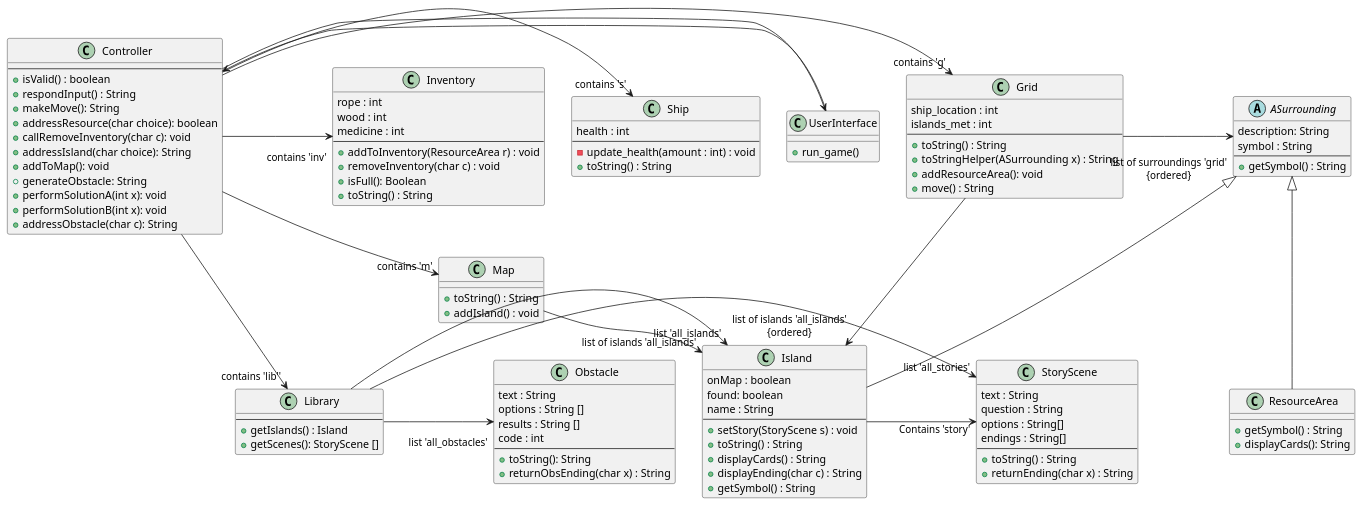
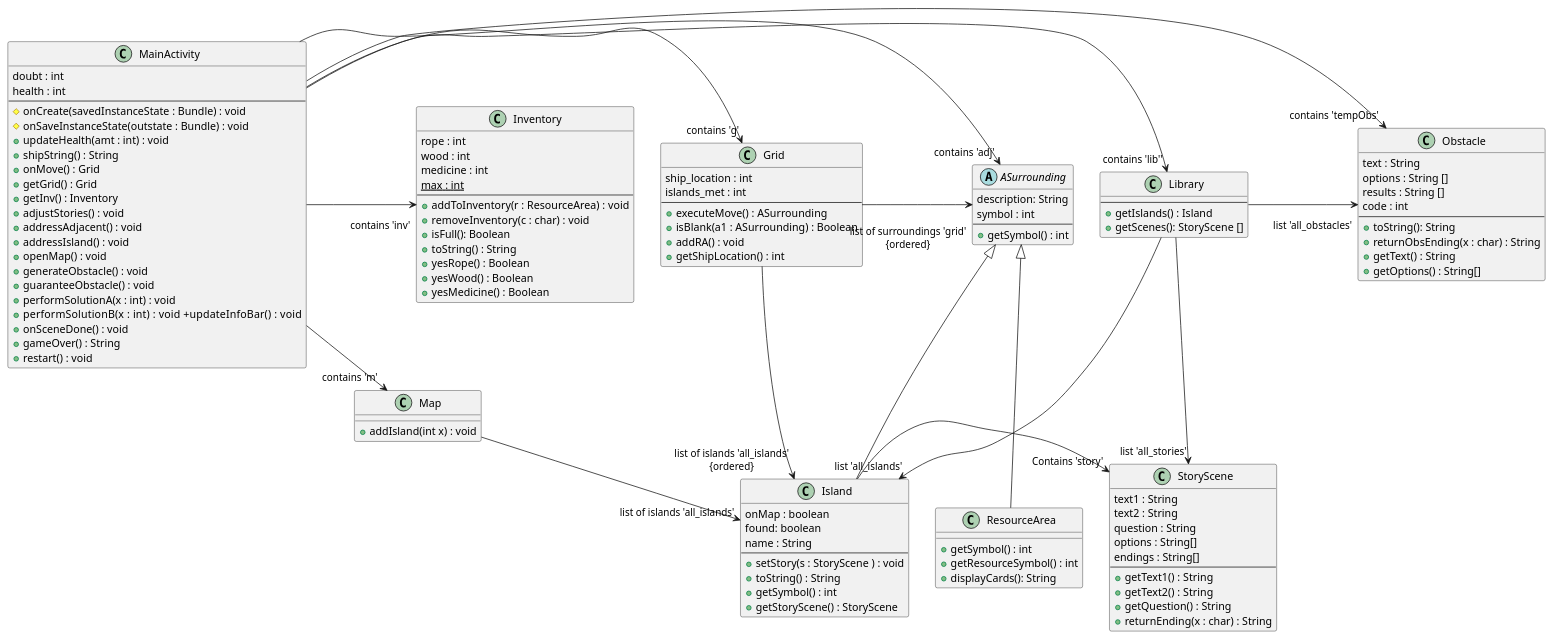
The first of 13 diagrams in CMPU_203_MAS/intellij/doc/design.md (emutchek/MaraudersAtSea), drawn with PlantUML before and after one commit. The commit also changed other lines of this file and 4 other files, not shown here.

Commit message:
updated design class diagrams

```diff
--- a/CMPU_203_MAS/intellij/doc/design.md
+++ b/CMPU_203_MAS/intellij/doc/design.md
@@ -6,25 +8,26 @@
     ship_location : int
     islands_met : int
     --
-    +toString() : String
-    +toStringHelper(ASurrounding x) : String
-    +addResourceArea(): void
-    +move() : String
+    +executeMove() : ASurrounding
+    +isBlank(a1 : ASurrounding) : Boolean
+    +addRA() : void
+    +getShipLocation() : int
 }
 Grid ->  "\nlist of surroundings 'grid'\n{ordered}" ASurrounding : \t\t\t\t
 Grid -> "\nlist of islands 'all_islands'\n{ordered}" Island : \t\t\t\t
 
 abstract class ASurrounding {
     description: String
-    symbol : String
+    symbol : int
     --
-    +getSymbol() : String
+    +getSymbol() : int
 }
 ASurrounding <|-- Island
 ASurrounding <|-- ResourceArea
 
 class ResourceArea {
-    +getSymbol() : String
+    +getSymbol() : int
+    +getResourceSymbol() : int
     +displayCards(): String
 }
 
@@ -33,47 +36,45 @@
     found: boolean
     name : String
     --
-    +setStory(StoryScene s) : void
+    +setStory(s : StoryScene ) : void
     +toString() : String
-    +displayCards() : String
-    +displayEnding(char c) : String
-    +getSymbol() : String
+    +getSymbol() : int
+    +getStoryScene() : StoryScene
 }
 
 Island -> "Contains 'story'" StoryScene : \t\t\t\t
 
 class Map {
-    +toString() : String
-    +addIsland() : void 
+    +addIsland(int x) : void
 }
 Map ->  "\nlist of islands 'all_islands'" Island : \t\t\t\t
 
 class StoryScene {
-    text : String
+    text1 : String
+    text2 : String
     question : String
     options : String[]
     endings : String[]
     --
-    +toString() : String
-    +returnEnding(char x) : String
-}
-
-class Ship {
-    health : int
-    --
-    -update_health(amount : int) : void
-    +toString() : String 
+    +getText1() : String
+    +getText2() : String
+    +getQuestion() : String
+    +returnEnding(x : char) : String
 }
 
 class Inventory {
     rope : int
-    wood : int 
+    wood : int
     medicine : int
+    {static}max : int
     --
-    +addToInventory(ResourceArea r) : void
-    +removeInventory(char c) : void
+    +addToInventory(r : ResourceArea) : void
+    +removeInventory(c : char) : void
     +isFull(): Boolean
     +toString() : String
+    +yesRope() : Boolean
+    +yesWood() : Boolean
+    +yesMedicine() : Boolean
 }
 
 class Obstacle {
@@ -83,7 +84,9 @@
     code : int
     --
     +toString(): String
-    +returnObsEnding(char x) : String
+    +returnObsEnding(x : char) : String
+    +getText() : String
+    +getOptions() : String[]
 }
 
 class Library {
@@ -96,31 +99,38 @@
 Library -> "\nlist 'all_obstacles'" Obstacle : \t\t\t\t
 Library -> "\nlist 'all_islands'" Island : \t\t\t\t
 
-class UserInterface {
-    +run_game()
+
+class MainActivity {
+    doubt : int
+    health : int
+    --
+    #onCreate(savedInstanceState : Bundle) : void
+    #onSaveInstanceState(outstate : Bundle) : void
+    +updateHealth(amt : int) : void
+    +shipString() : String
+    +onMove() : Grid
+    +getGrid() : Grid
+    +getInv() : Inventory
+    +adjustStories() : void
+    +addressAdjacent() : void
+    +addressIsland() : void
+    +openMap() : void
+    +generateObstacle() : void
+    +guaranteeObstacle() : void
+    +performSolutionA(x : int) : void
+    +performSolutionB(x : int) : void\
+    +updateInfoBar() : void
+    +onSceneDone() : void
+    +gameOver() : String
+    +restart() : void
 }
 
-class Controller {
-    --
-    +isValid() : boolean
-    +respondInput() : String
-    +makeMove(): String
-    +addressResource(char choice): boolean
-    +callRemoveInventory(char c): void
-    +addressIsland(char choice): String
-    +addToMap(): void
-    +generateObstacle: String
-    +performSolutionA(int x): void
-    +performSolutionB(int x): void
-    +addressObstacle(char c): String
-}
-UserInterface -> Controller
-Controller -> UserInterface
-Controller -> "\ncontains 'lib''" Library : \t\t\t\t
-Controller -> "\ncontains 's'" Ship : \t\t\t\t
-Controller -> "\ncontains 'inv'" Inventory : \t\t\t\t
-Controller -> "\ncontains 'm'" Map : \t\t\t\t
-Controller -> "\ncontains 'g'" Grid : \t\t\t\t
+MainActivity -> "\ncontains 'lib''" Library : \t\t\t\t
+MainActivity -> "\ncontains 'inv'" Inventory : \t\t\t\t
+MainActivity -> "\ncontains 'm'" Map : \t\t\t\t
+MainActivity -> "\ncontains 'g'" Grid : \t\t\t\t
+MainActivity -> "\ncontains 'tempObs'" Obstacle : \t\t\t\t
+MainActivity -> "\ncontains 'adj'" ASurrounding : \t\t\t\t
 
 
 @enduml
```
